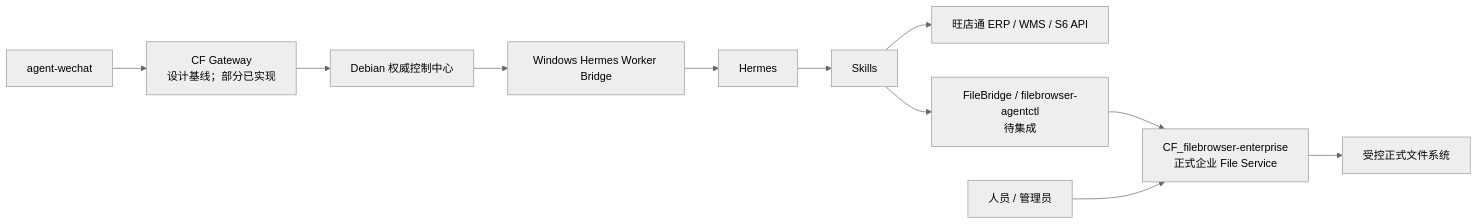
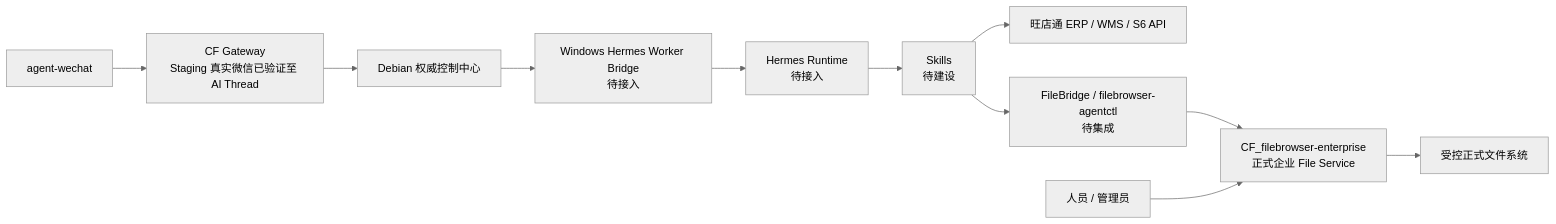
One commit to Tangbohu09527/CF_ecommerce-automation-docs changed the diagram in architecture/component-map.md. Above: the diagram before and after it, drawn with Mermaid (neutral theme). The commit also changed other lines of this file and 19 other files, not shown here.

Commit message:
docs: record gateway staging wechat validation

````diff
--- a/architecture/component-map.md
+++ b/architecture/component-map.md
@@ -21,13 +23,13 @@
 ```mermaid
 flowchart LR
-    A["agent-wechat"] --> G["CF Gateway<br/>设计基线；部分已实现"]
+    A["agent-wechat"] --> G["CF Gateway<br/>Staging 真实微信已验证至 AI Thread"]
     G --> D["Debian 权威控制中心"]
-    D --> B["Windows Hermes Worker Bridge"]
-    B --> H["Hermes"]
-    H --> S["Skills"]
+    D --> B["Windows Hermes Worker Bridge<br/>待接入"]
+    B --> H["Hermes Runtime<br/>待接入"]
+    H --> S["Skills<br/>待建设"]
     S --> E["旺店通 ERP / WMS / S6 API"]
     S --> C["FileBridge / filebrowser-agentctl<br/>待集成"]
     C --> F["CF_filebrowser-enterprise<br/>正式企业 File Service"]
     U["人员 / 管理员"] --> F
     F --> FS["受控正式文件系统"]
 ```
````
